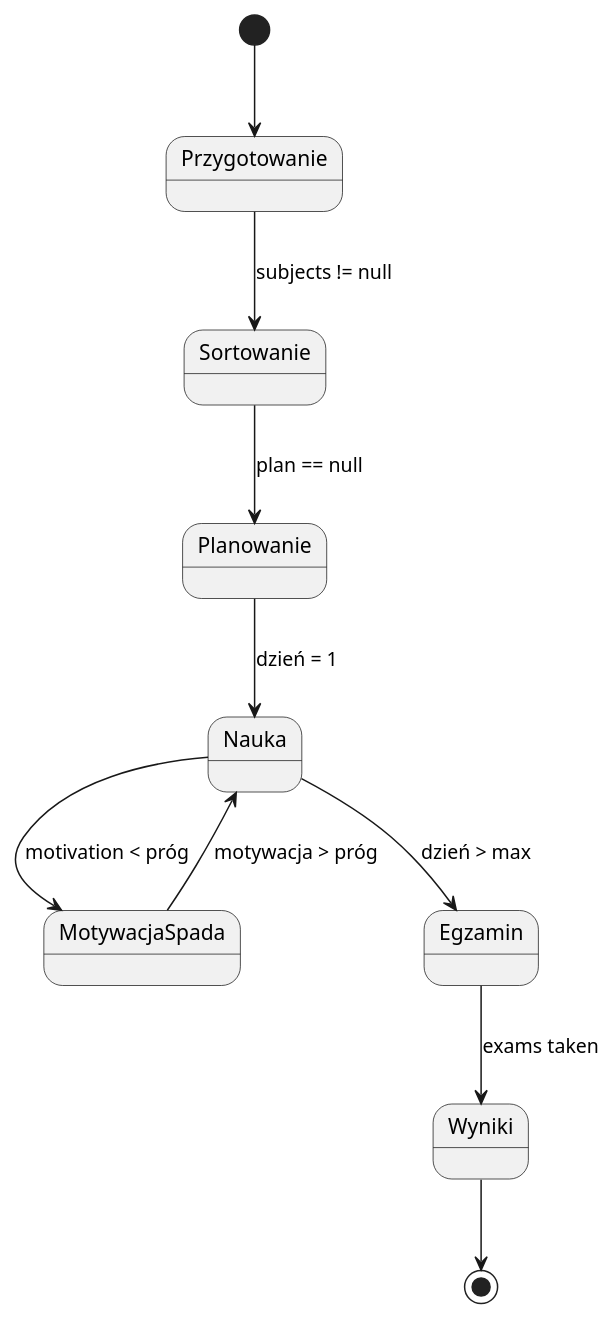
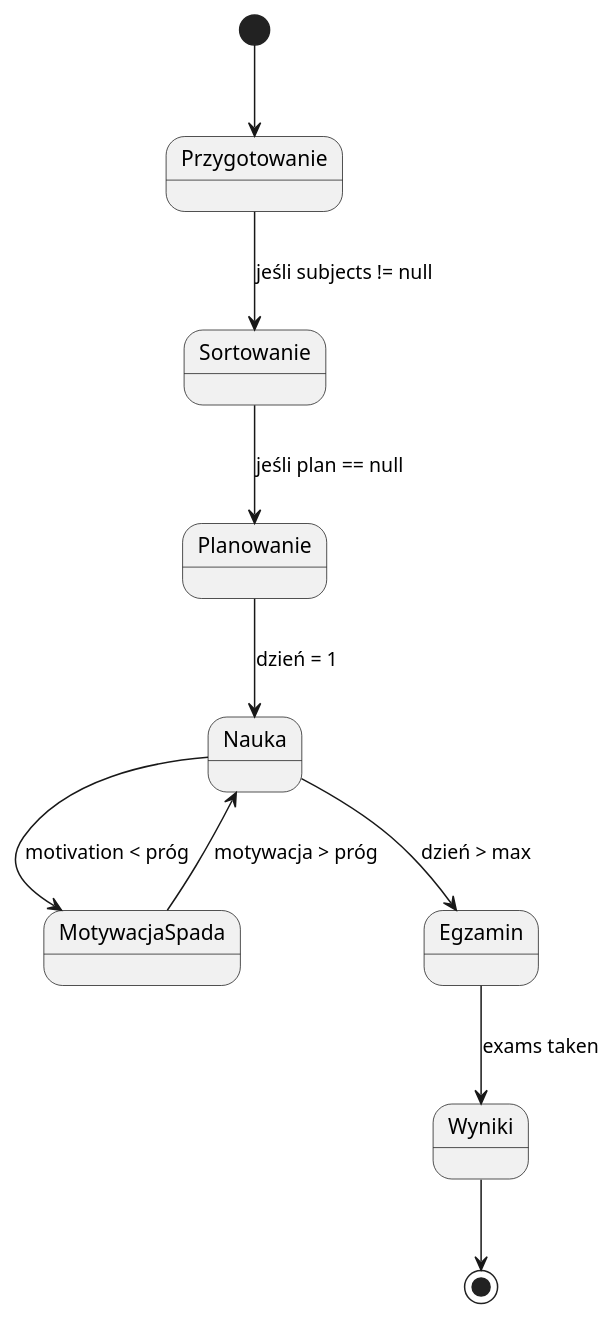
The diagram in uml/Maszyna stanow.puml (Krzyzak321/Symulator_Sesji), drawn with PlantUML before and after one commit. The commit also changed 4 other files, not shown here.

Commit message:
zmienione diagramy

```diff
--- a/uml/Maszyna stanow.puml
+++ b/uml/Maszyna stanow.puml
@@ -1,16 +1,16 @@
 @startuml
 
 [*] --> Przygotowanie
 
-Przygotowanie --> Sortowanie : subjects != null
-Sortowanie --> Planowanie : plan == null
+Przygotowanie --> Sortowanie : jeśli subjects != null
+Sortowanie --> Planowanie : jeśli plan == null
 Planowanie --> Nauka : dzień = 1
 
 Nauka --> MotywacjaSpada : motivation < próg
 MotywacjaSpada --> Nauka : motywacja > próg
 
 Nauka --> Egzamin : dzień > max
 Egzamin --> Wyniki : exams taken
 Wyniki --> [*]
 
 @enduml
```
